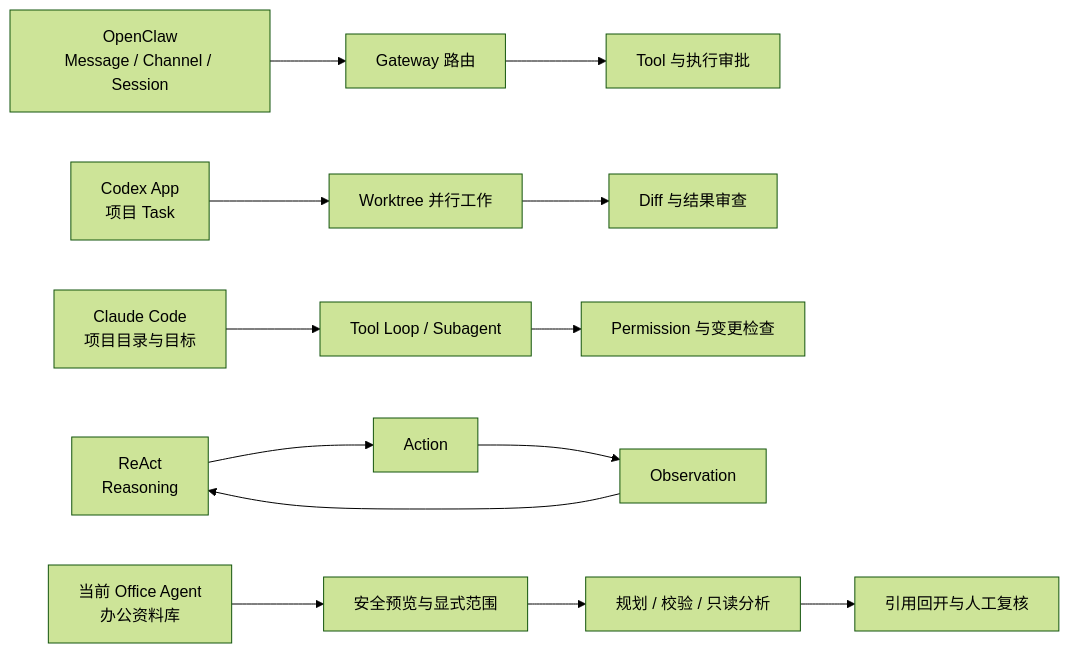
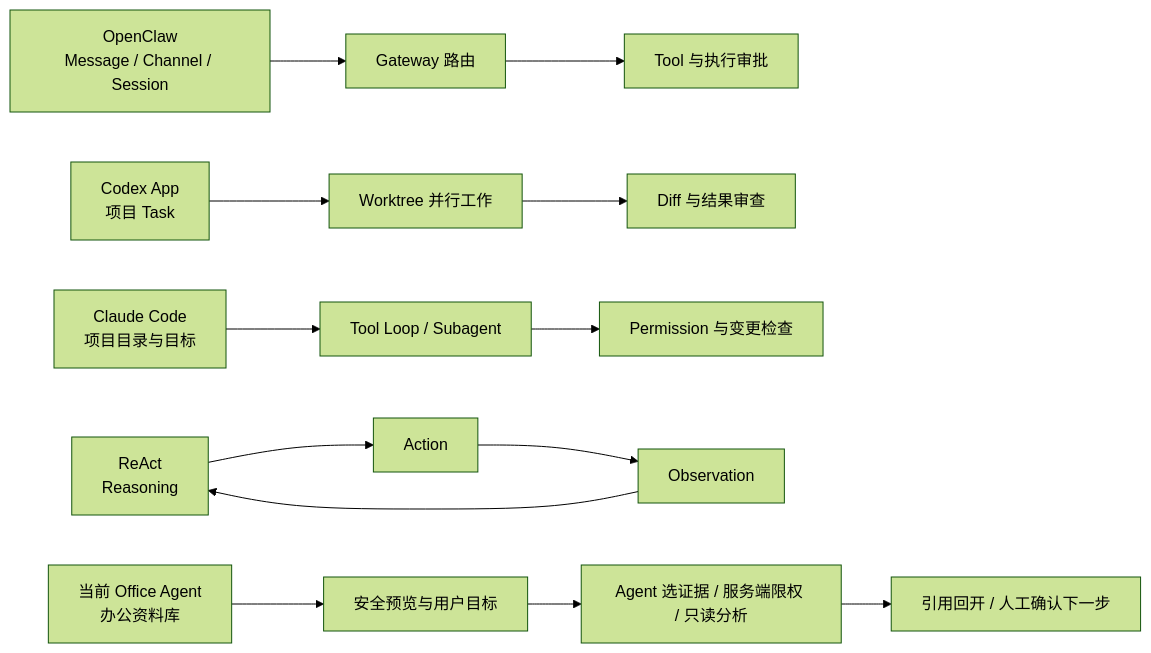
One commit to Dickey007s/lenovo_agent changed the first of 4 diagrams in docs/reports/OFFICE-AGENT-DETAILED-CHINESE-REPORT-20260825.md. Above: the diagram before and after it, drawn with Mermaid (forest theme). The commit also changed other lines of this file and 19 other files, not shown here.

````diff
--- a/docs/reports/OFFICE-AGENT-DETAILED-CHINESE-REPORT-20260825.md
+++ b/docs/reports/OFFICE-AGENT-DETAILED-CHINESE-REPORT-20260825.md
@@ -179,8 +204,8 @@
 ```mermaid
 flowchart LR
     A[OpenClaw<br/>Message / Channel / Session] --> A1[Gateway 路由] --> A2[Tool 与执行审批]
     B[Codex App<br/>项目 Task] --> B1[Worktree 并行工作] --> B2[Diff 与结果审查]
     C[Claude Code<br/>项目目录与目标] --> C1[Tool Loop / Subagent] --> C2[Permission 与变更检查]
     D[ReAct<br/>Reasoning] --> D1[Action] --> D2[Observation] --> D
-    E[当前 Office Agent<br/>办公资料库] --> E1[安全预览与显式范围] --> E2[规划 / 校验 / 只读分析] --> E3[引用回开与人工复核]
+    E[当前 Office Agent<br/>办公资料库] --> E1[安全预览与用户目标] --> E2[Agent 选证据 / 服务端限权 / 只读分析] --> E3[引用回开 / 人工确认下一步]
 ```
````
